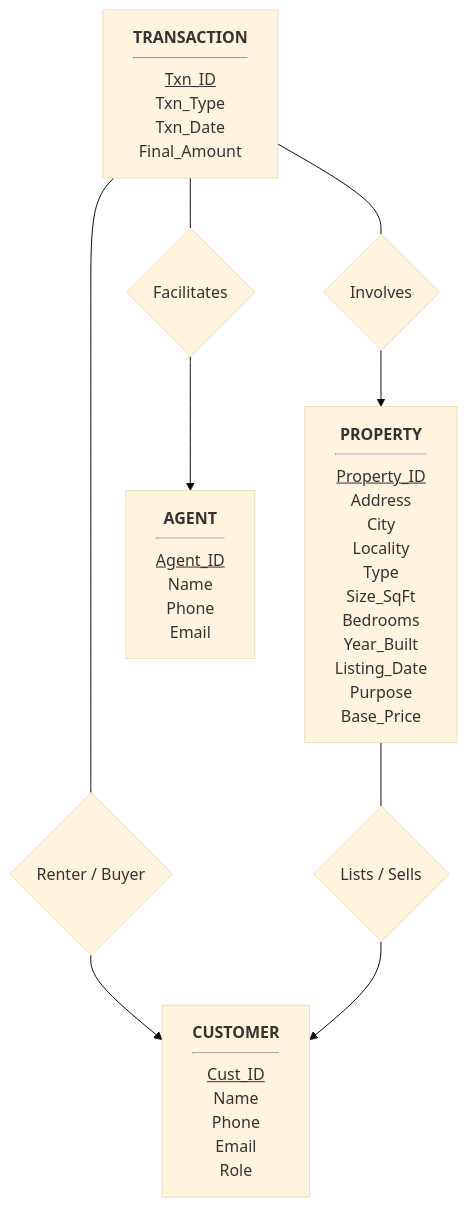
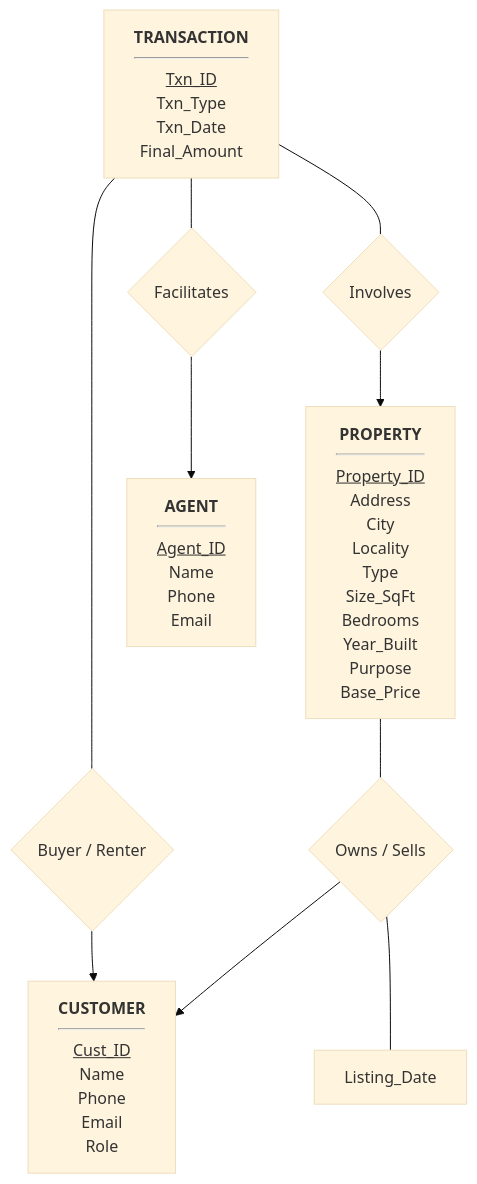
Before and after one commit to SuperCoolPencil/DBMS-Project: the diagram in er-diagram.md, drawn with Mermaid (base theme). The commit also changed other lines of this file, not shown here.

Commit message:
fix er redundancy

````diff
--- a/er-diagram.md
+++ b/er-diagram.md
@@ -51,26 +52,28 @@
 ```mermaid
 graph TD
     %% Tables (Rectangles with Attributes)
     C["<b>CUSTOMER</b><hr><u>Cust_ID</u><br>Name<br>Phone<br>Email<br>Role"]
     T["<b>TRANSACTION</b><hr><u>Txn_ID</u><br>Txn_Type<br>Txn_Date<br>Final_Amount"]
-    P["<b>PROPERTY</b><hr><u>Property_ID</u><br>Address<br>City<br>Locality<br>Type<br>Size_SqFt<br>Bedrooms<br>Year_Built<br>Listing_Date<br>Purpose<br>Base_Price"]
-    A["<b>AGENT</b><hr><u>Agent_ID</u><br>Name<br>Phone<br>Email<br>"]
+    P["<b>PROPERTY</b><hr><u>Property_ID</u><br>Address<br>City<br>Locality<br>Type<br>Size_SqFt<br>Bedrooms<br>Year_Built<br>Purpose<br>Base_Price"]
+    A["<b>AGENT</b><hr><u>Agent_ID</u><br>Name<br>Phone<br>Email"]
+    LD["Listing_Date"]
 
     %% Relationships (Diamonds)
-    Rel_RentBuy{"Renter / Buyer"}
+    Rel_RentBuy{"Buyer / Renter"}
     Rel_Facilitates{"Facilitates"}
-    Rel_ListSellsProp{"Lists / Sells"}
+    Rel_ListSellsProp{"Owns / Sells"}
     Rel_Involves{"Involves"}
 
     %% CUSTOMER <--- Rent/Buy --- TRANSACTION
     T --- Rel_RentBuy --> C
 
     %% AGENT <--- Facilitates --- TRANSACTION
     T --- Rel_Facilitates --> A
 
     %% CUSTOMER <--- List/Sells --- PROPERTY
     P --- Rel_ListSellsProp --> C
+    Rel_ListSellsProp --- LD
 
     %% PROPERTY <--- Involves --- TRANSACTION
     T --- Rel_Involves --> P
 ``` 
````
